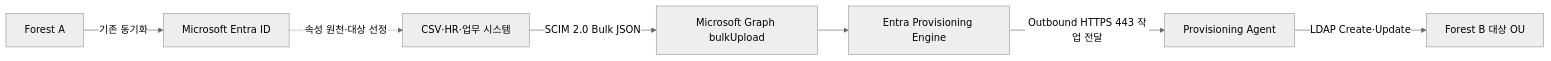
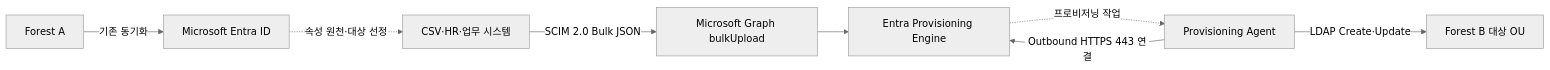
Before and after one commit to Eric841001/Eric841001.github.io: the diagram in docs/knowledge-center/entra-api-driven-ad-provisioning.md, drawn with Mermaid (neutral theme). The commit also changed other lines of this file and 13 other files, not shown here.

````diff
--- a/docs/knowledge-center/entra-api-driven-ad-provisioning.md
+++ b/docs/knowledge-center/entra-api-driven-ad-provisioning.md
@@ -26,9 +26,10 @@
 ```mermaid
 flowchart LR
     A[Forest A] -->|기존 동기화| E[Microsoft Entra ID]
     S[CSV·HR·업무 시스템] -->|SCIM 2.0 Bulk JSON| G[Microsoft Graph bulkUpload]
     G --> P[Entra Provisioning Engine]
     E -. 속성 원천·대상 선정 .-> S
-    P -->|Outbound HTTPS 443 작업 전달| AG[Provisioning Agent]
+    AG[Provisioning Agent] -->|Outbound HTTPS 443 연결| P
+    P -. 프로비저닝 작업 .-> AG
     AG -->|LDAP Create·Update| B[Forest B 대상 OU]
 ```
````
